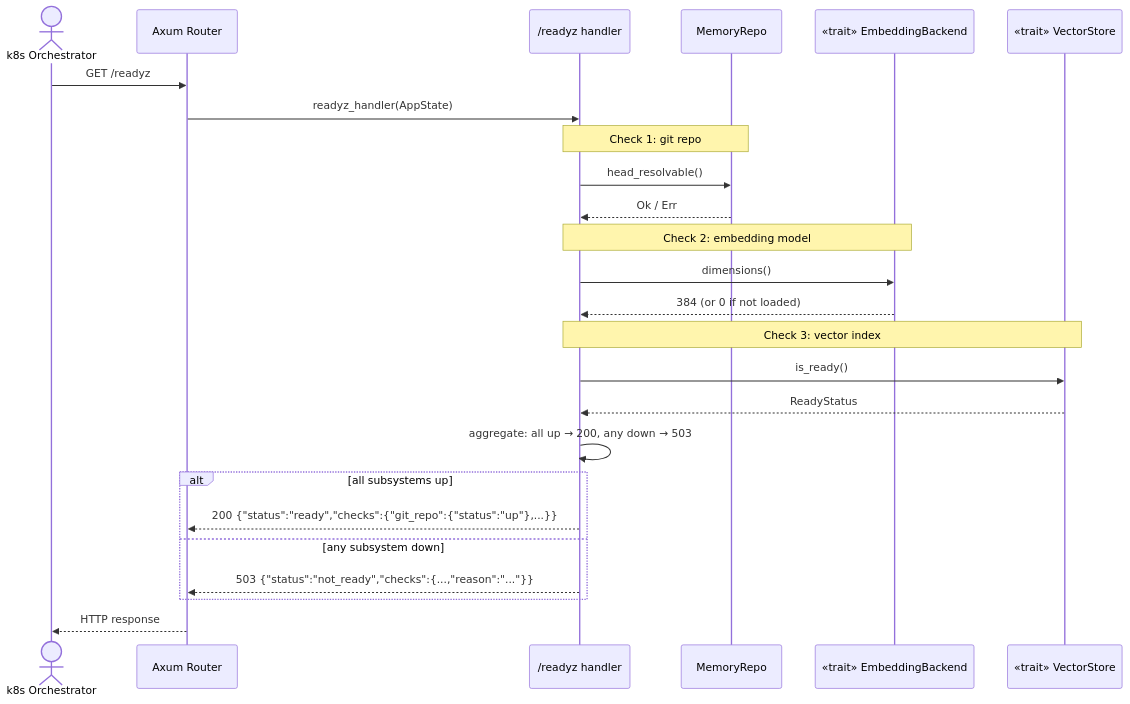
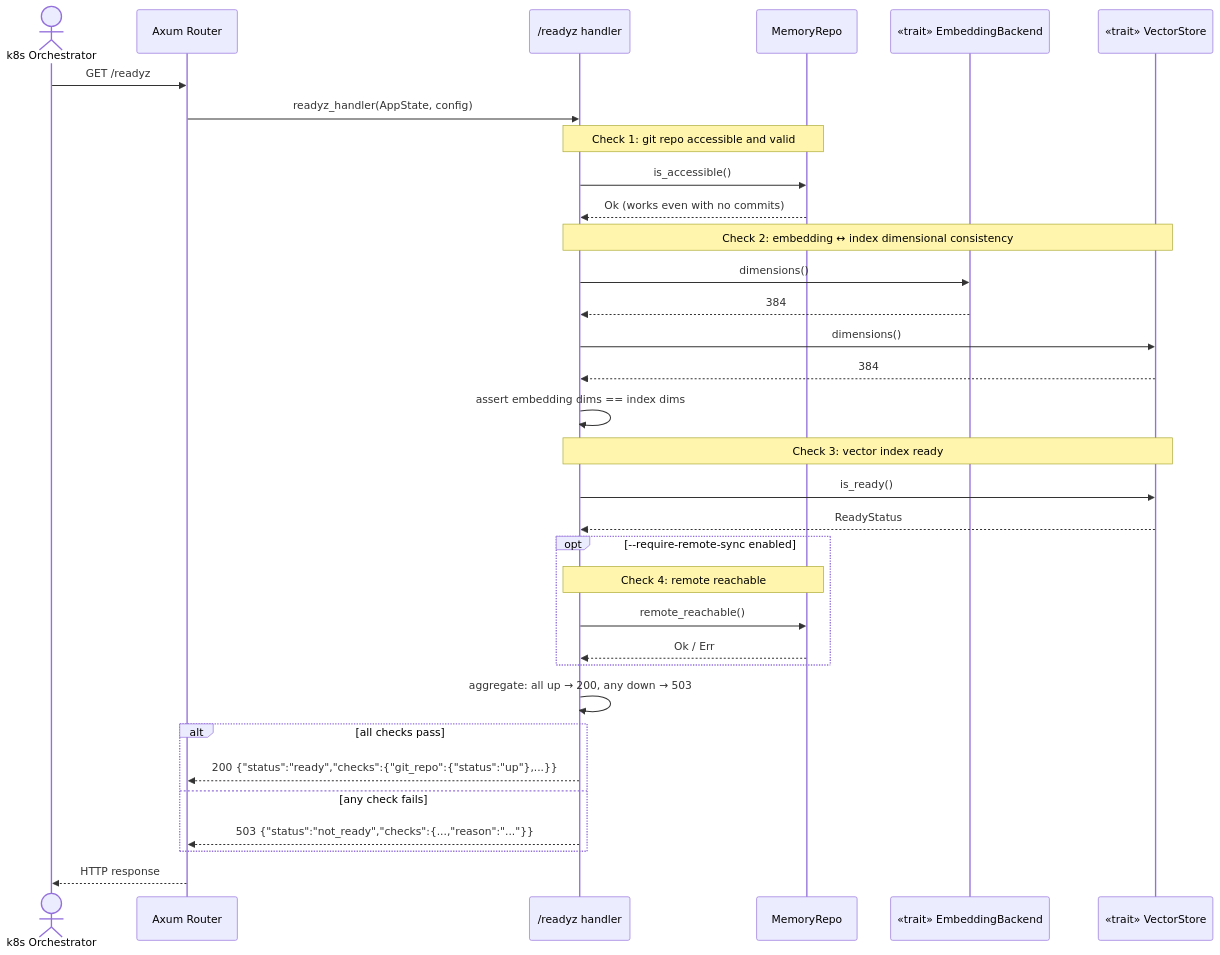
Before and after one commit to butterflyskies/memory-mcp: the sixth of 6 diagrams in docs/design/phase2-quality/architecture.md, drawn with Mermaid. The commit also changed other lines of this file and 1 other file, not shown here.

First line of the commit message:
docs: refine readyz checks and add elk layout to component diagram

````diff
--- a/docs/design/phase2-quality/architecture.md
+++ b/docs/design/phase2-quality/architecture.md
@@ -343,34 +357,43 @@
 ```mermaid
 sequenceDiagram
     actor K8s as k8s Orchestrator
     participant Router as Axum Router
     participant RH as /readyz handler
     participant Repo as MemoryRepo
     participant Embed as «trait» EmbeddingBackend
     participant VS as «trait» VectorStore
 
     K8s->>Router: GET /readyz
-    Router->>RH: readyz_handler(AppState)
+    Router->>RH: readyz_handler(AppState, config)
 
-    Note over RH,Repo: Check 1: git repo
-    RH->>Repo: head_resolvable()
-    Repo-->>RH: Ok / Err
+    Note over RH,Repo: Check 1: git repo accessible and valid
+    RH->>Repo: is_accessible()
+    Repo-->>RH: Ok (works even with no commits)
 
-    Note over RH,Embed: Check 2: embedding model
+    Note over RH,VS: Check 2: embedding ↔ index dimensional consistency
     RH->>Embed: dimensions()
-    Embed-->>RH: 384 (or 0 if not loaded)
+    Embed-->>RH: 384
+    RH->>VS: dimensions()
+    VS-->>RH: 384
+    RH->>RH: assert embedding dims == index dims
 
-    Note over RH,VS: Check 3: vector index
+    Note over RH,VS: Check 3: vector index ready
     RH->>VS: is_ready()
     VS-->>RH: ReadyStatus
 
+    opt --require-remote-sync enabled
+        Note over RH,Repo: Check 4: remote reachable
+        RH->>Repo: remote_reachable()
+        Repo-->>RH: Ok / Err
+    end
+
     RH->>RH: aggregate: all up → 200, any down → 503
 
-    alt all subsystems up
+    alt all checks pass
         RH-->>Router: 200 {"status":"ready","checks":{"git_repo":{"status":"up"},...}}
-    else any subsystem down
+    else any check fails
         RH-->>Router: 503 {"status":"not_ready","checks":{...,"reason":"..."}}
     end
 
     Router-->>K8s: HTTP response
 ```
````
